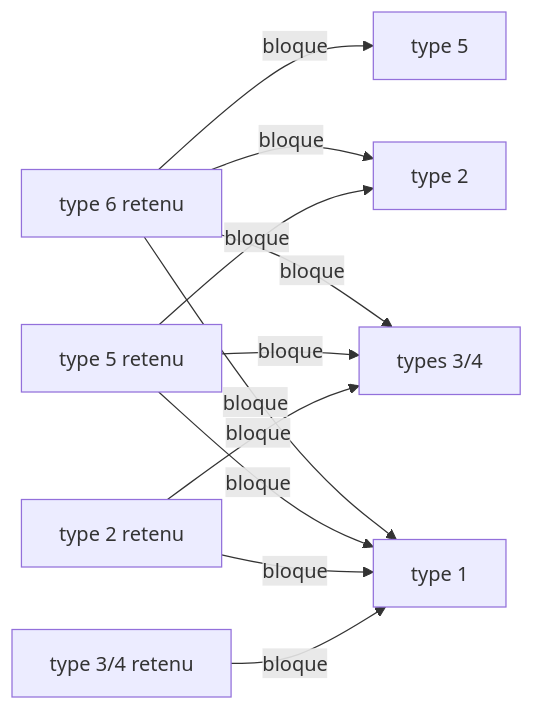
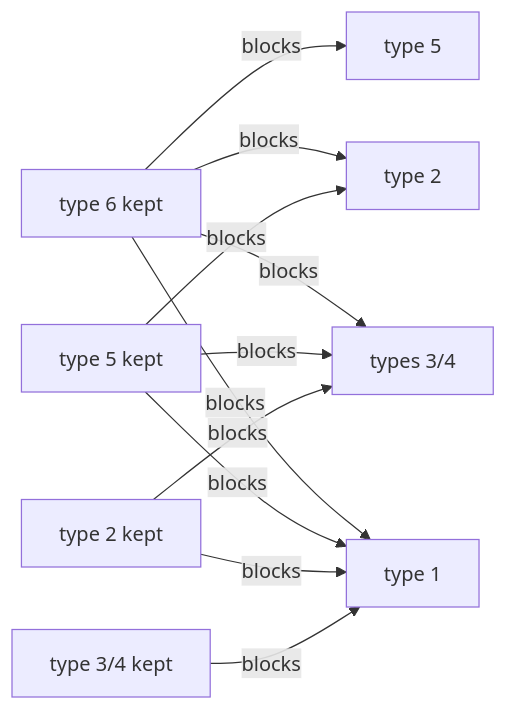
One commit to FabLrc/dq9-rust changed the diagram in docs/re/dialogue.md. Above: the diagram before and after it, drawn with Mermaid. The commit also changed other lines of this file and 91 other files, not shown here.

````diff
--- a/docs/re/dialogue.md
+++ b/docs/re/dialogue.md
@@ -138,7 +138,7 @@
 ```mermaid
 flowchart LR
-    q6[type 6 retenu] -->|bloque| t5[type 5] & t2[type 2] & t34[types 3/4] & t1[type 1]
-    q5[type 5 retenu] -->|bloque| t2 & t34 & t1
-    q2[type 2 retenu] -->|bloque| t34 & t1
-    q34[type 3/4 retenu] -->|bloque| t1
+    q6[type 6 kept] -->|blocks| t5[type 5] & t2[type 2] & t34[types 3/4] & t1[type 1]
+    q5[type 5 kept] -->|blocks| t2 & t34 & t1
+    q2[type 2 kept] -->|blocks| t34 & t1
+    q34[type 3/4 kept] -->|blocks| t1
 ```
````
